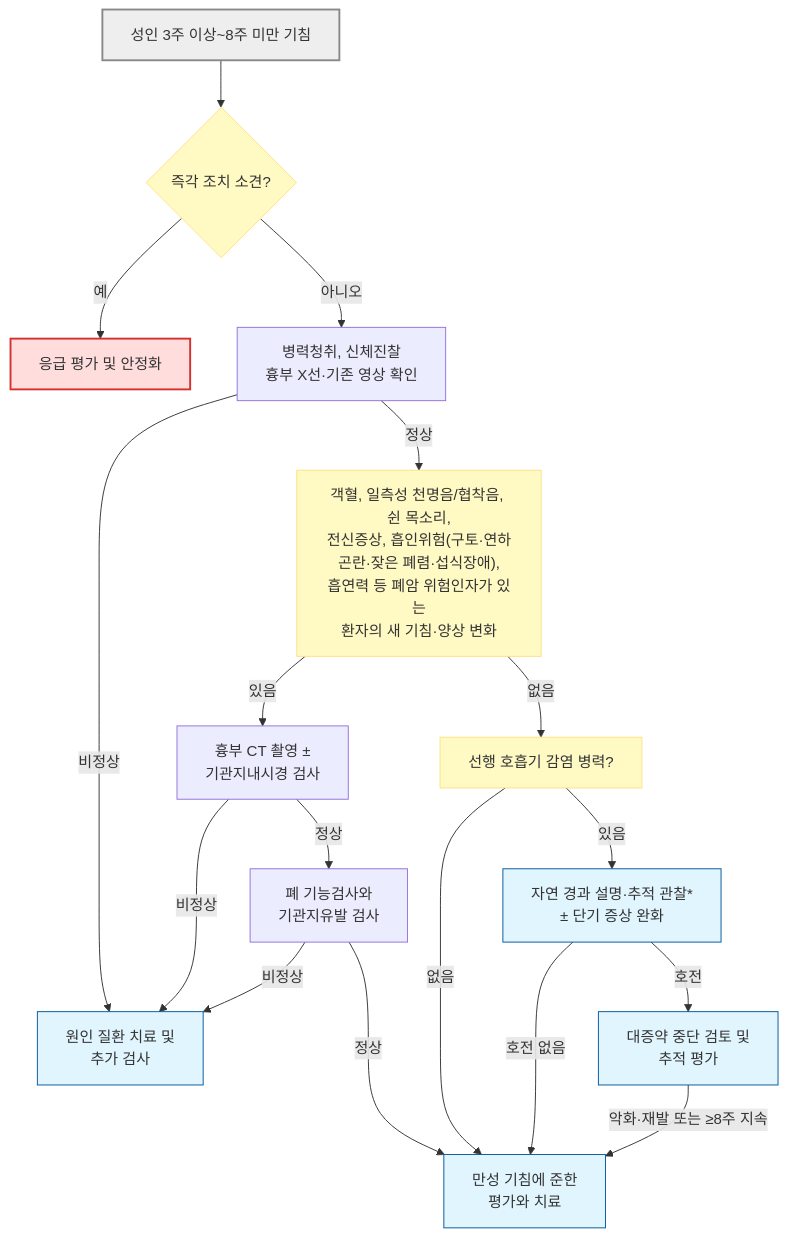
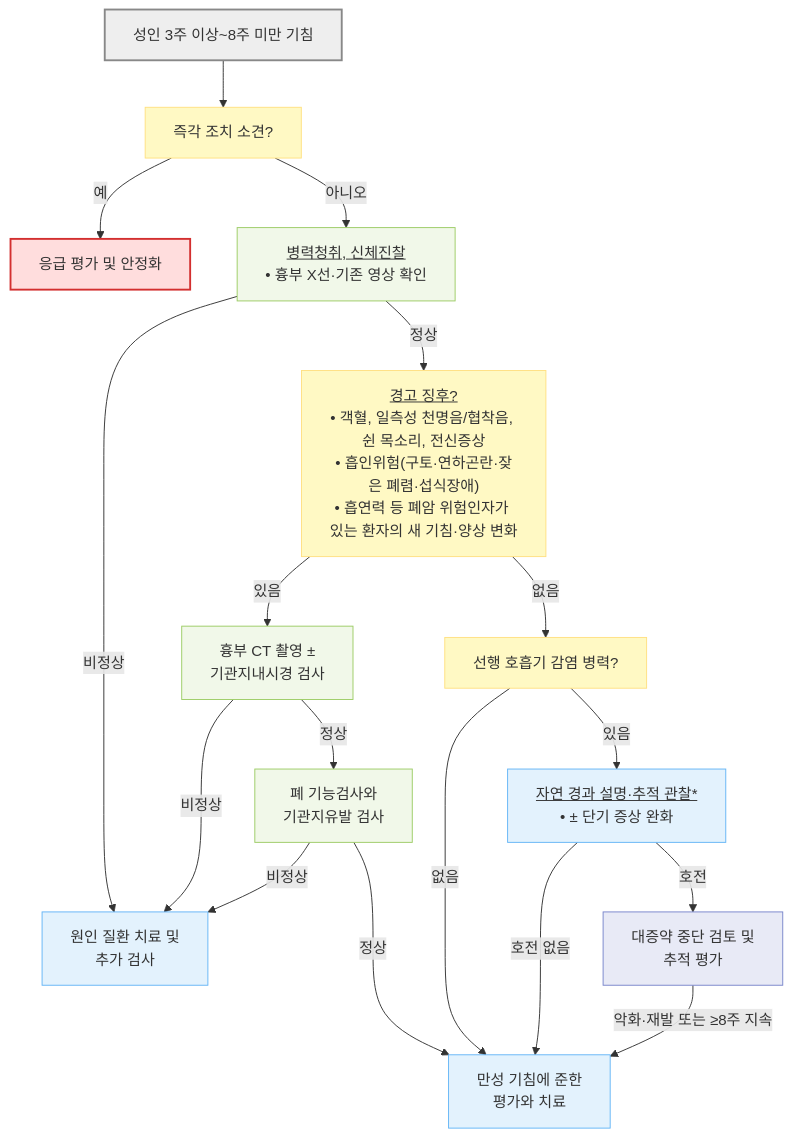
Before and after one commit to familyoh77/familyoh77: the second of 3 diagrams in 220_/006_-cough.md, drawn with Mermaid. The commit also changed other lines of this file and 13 other files, not shown here.

````diff
--- a/220_/006_-cough.md
+++ b/220_/006_-cough.md
@@ -233,34 +240,32 @@
 ```mermaid
-graph TD
-    Start["성인 3주 이상~8주 미만 기침"] --> Urgent{"즉각 조치 소견?"}
+flowchart TD
+    Start["성인 3주 이상~8주 미만 기침"] --> Urgent["즉각 조치 소견?"]
     Urgent -- "예" --> Emergency["응급 평가 및 안정화"]
-    Urgent -- "아니오" --> Xray["병력청취, 신체진찰<br/>흉부 X선·기존 영상 확인"]
-    
-    Xray -- "비정상" --> TreatCause["원인 질환 치료 및 <br/>추가 검사"]
-    
-    Xray -- "정상" --> RedFlags["객혈, 일측성 천명음/협착음, 쉰 목소리,<br/>전신증상, 흡인위험(구토·연하곤란·잦은 폐렴·섭식장애),<br/>흡연력 등 폐암 위험인자가 있는<br/>환자의 새 기침·양상 변화"]
+    Urgent -- "아니오" --> Xray["<u>병력청취, 신체진찰</u><br/>• 흉부 X선·기존 영상 확인"]
+    Xray -- "비정상" --> TreatCause["원인 질환 치료 및<br/>추가 검사"]
+    Xray -- "정상" --> RedFlags["<u>경고 징후?</u><br/>• 객혈, 일측성 천명음/협착음, 쉰 목소리, 전신증상<br/>• 흡인위험(구토·연하곤란·잦은 폐렴·섭식장애)<br/>• 흡연력 등 폐암 위험인자가 있는 환자의 새 기침·양상 변화"]
     RedFlags -- "있음" --> CT["흉부 CT 촬영 ±<br/>기관지내시경 검사"]
     RedFlags -- "없음" --> PostInfectious["선행 호흡기 감염 병력?"]
     CT -- "비정상" --> TreatCause
     CT -- "정상" --> PFT["폐 기능검사와<br/>기관지유발 검사"]
     PFT -- "비정상" --> TreatCause
-    PFT -- "정상" --> Chronic["만성 기침에 준한 <br/>평가와 치료"]
-    PostInfectious -- "있음" --> Symptomatic["자연 경과 설명·추적 관찰*<br/>± 단기 증상 완화"]
+    PFT -- "정상" --> Chronic["만성 기침에 준한<br/>평가와 치료"]
+    PostInfectious -- "있음" --> Symptomatic["<u>자연 경과 설명·추적 관찰*</u><br/>• ± 단기 증상 완화"]
     PostInfectious -- "없음" --> Chronic
-    
     Symptomatic -- "호전" --> FollowUp["대증약 중단 검토 및<br/>추적 평가"]
     Symptomatic -- "호전 없음" --> Chronic
-    
     FollowUp -- "악화·재발 또는 ≥8주 지속" --> Chronic
-    %% 스타일 설정
-    style Start fill:#eeeeee,stroke:#888888,stroke-width:2px
-    style RedFlags fill:#fff9c4,stroke:#ffe082
-    style Urgent fill:#fff9c4,stroke:#ffe082
-    style Emergency fill:#ffdddd,stroke:#d32f2f,stroke-width:2px
-    style Symptomatic fill:#e1f5fe,stroke:#01579b
-    style PostInfectious fill:#fff9c4,stroke:#ffe082
-    style FollowUp fill:#e1f5fe,stroke:#01579b
-    style TreatCause fill:#e1f5fe,stroke:#01579b
-    style Chronic fill:#e1f5fe,stroke:#01579b
 
+    classDef start fill:#eeeeee,stroke:#888888,stroke-width:2px
+    classDef question fill:#fff9c4,stroke:#ffe082
+    classDef emergency fill:#ffdddd,stroke:#d32f2f,stroke-width:2px
+    classDef evaluation fill:#f1f8e9,stroke:#9ccc65
+    classDef treatment fill:#e3f2fd,stroke:#64b5f6
+    classDef followup fill:#e8eaf6,stroke:#7986cb
+    class Start start
+    class Urgent,RedFlags,PostInfectious question
+    class Emergency emergency
+    class Xray,CT,PFT evaluation
+    class TreatCause,Chronic,Symptomatic treatment
+    class FollowUp followup
 ```
````
